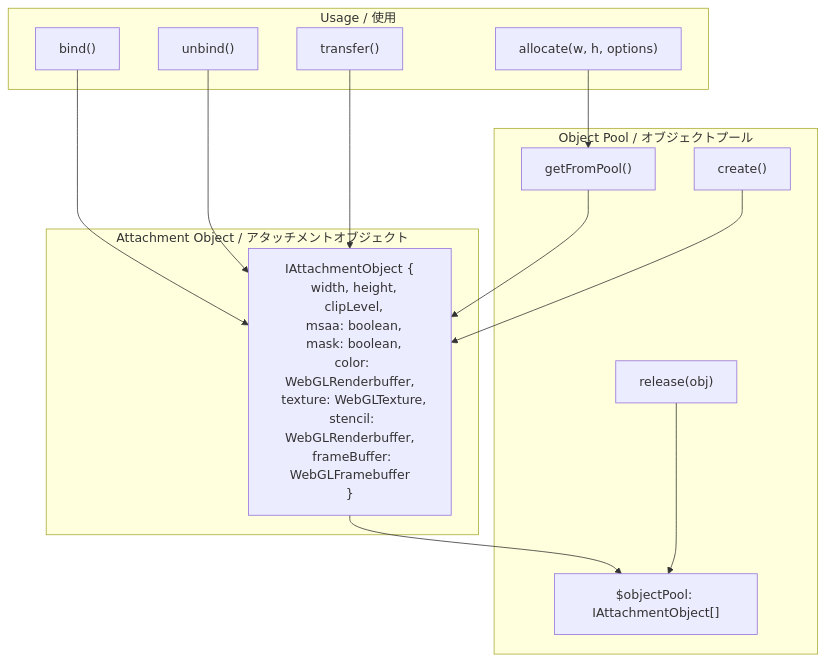
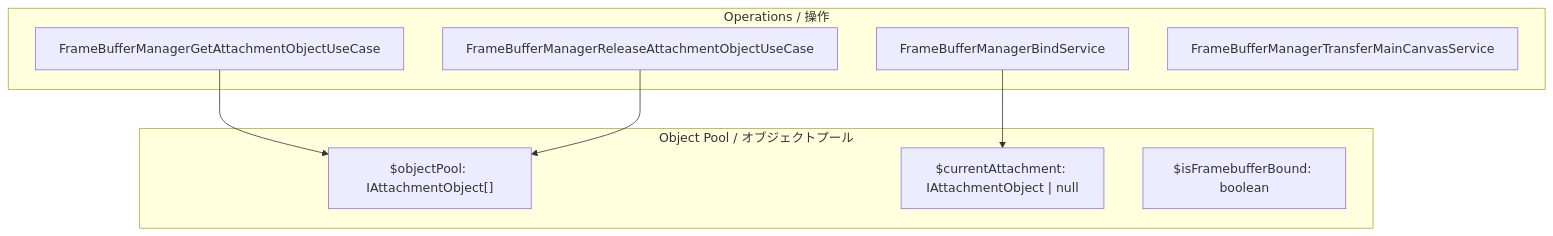
One commit to Next2D/player changed diagram 29 of 37 in packages/webgl/RENDERING_FLOW.md. Above: the diagram before and after it, drawn with Mermaid. The commit also changed other lines of this file, not shown here.

````diff
--- a/packages/webgl/RENDERING_FLOW.md
+++ b/packages/webgl/RENDERING_FLOW.md
@@ -1193,31 +1419,19 @@
 ```mermaid
 flowchart TB
     subgraph "Object Pool / オブジェクトプール"
         POOL["$objectPool: IAttachmentObject[]"]
-
-        CREATE["create()"]
-        RELEASE["release(obj)"]
-        GET["getFromPool()"]
+        CURRENT["$currentAttachment: IAttachmentObject | null"]
+        BOUND["$isFramebufferBound: boolean"]
     end
 
-    subgraph "Attachment Object / アタッチメントオブジェクト"
-        ATTACH["IAttachmentObject {<br/>  width, height,<br/>  clipLevel,<br/>  msaa: boolean,<br/>  mask: boolean,<br/>  color: WebGLRenderbuffer,<br/>  texture: WebGLTexture,<br/>  stencil: WebGLRenderbuffer,<br/>  frameBuffer: WebGLFramebuffer<br/>}"]
+    subgraph "Operations / 操作"
+        GET["FrameBufferManagerGetAttachmentObjectUseCase"]
+        BIND["FrameBufferManagerBindService"]
+        RELEASE["FrameBufferManagerReleaseAttachmentObjectUseCase"]
+        TRANSFER["FrameBufferManagerTransferMainCanvasService"]
     end
 
-    subgraph "Usage / 使用"
-        ALLOC["allocate(w, h, options)"]
-        BIND["bind()"]
-        UNBIND["unbind()"]
-        TRANSFER["transfer()"]
-    end
-
-    GET --> ATTACH
-    CREATE --> ATTACH
-    ATTACH --> POOL
+    GET --> POOL
+    BIND --> CURRENT
     RELEASE --> POOL
-
-    ALLOC --> GET
-    BIND --> ATTACH
-    UNBIND --> ATTACH
-    TRANSFER --> ATTACH
 ```
````
